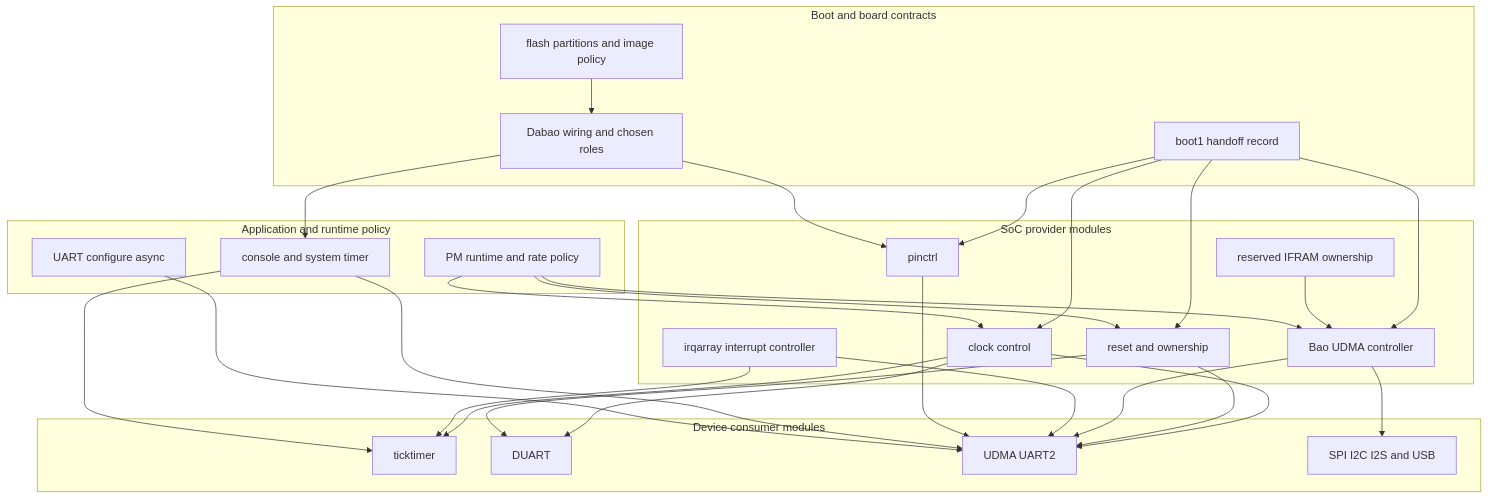
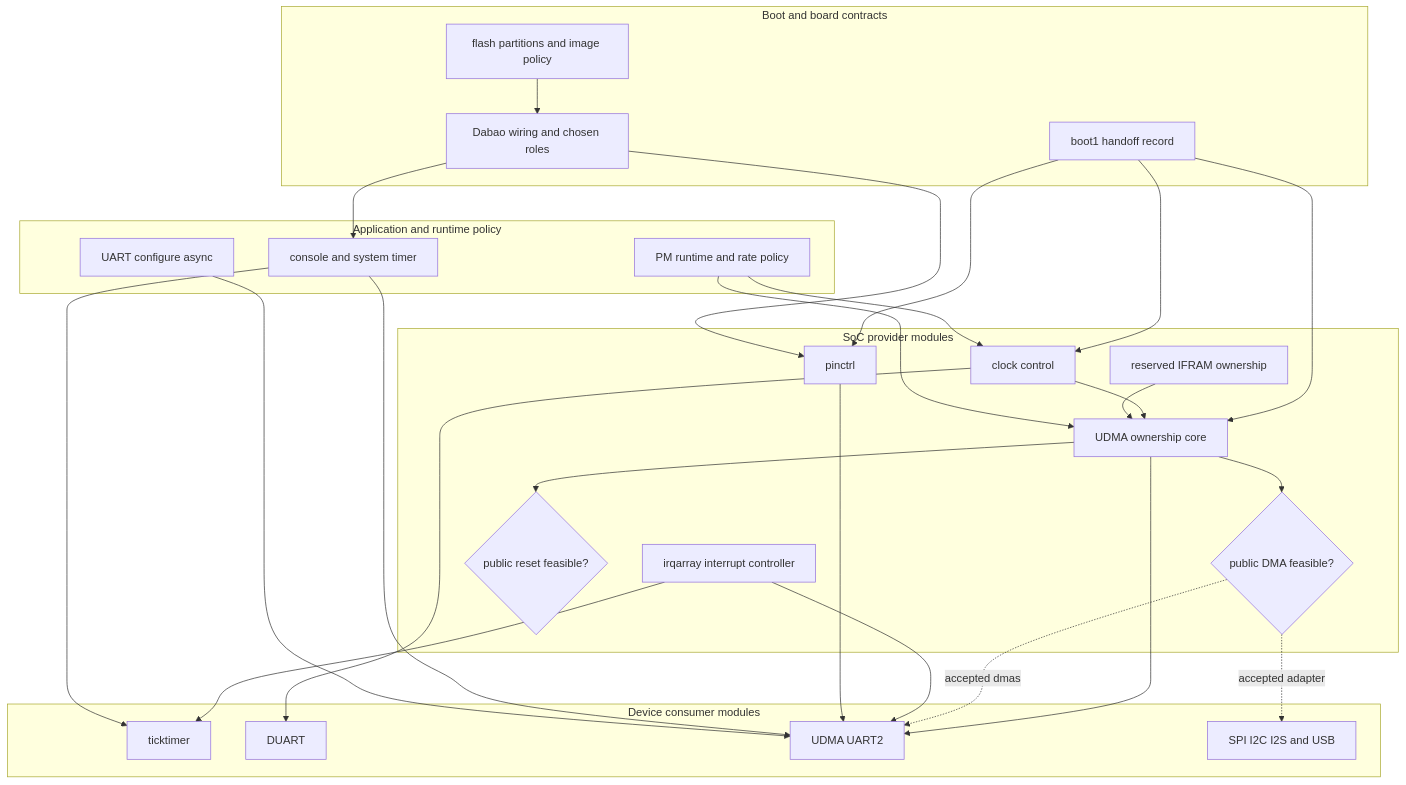
One commit to rektide/hal_bao changed the diagram in .design/research/08-zephyr-device-creation.md. Above: the diagram before and after it, drawn with Mermaid. The commit also changed other lines of this file and 1 other file, not shown here.

````diff
--- a/.design/research/08-zephyr-device-creation.md
+++ b/.design/research/08-zephyr-device-creation.md
@@ -110,55 +112,54 @@
 ```mermaid
 flowchart TD
     subgraph BootBoard[Boot and board contracts]
         BOOT[boot1 handoff record]
         BOARD[Dabao wiring and chosen roles]
         FLASH[flash partitions and image policy]
     end
 
     subgraph Providers[SoC provider modules]
         CLK[clock control]
-        RST[reset and ownership]
-        DMA[Bao UDMA controller]
+        CORE[UDMA ownership core]
+        DMAQ{public DMA feasible?}
+        RSTQ{public reset feasible?}
         IRQ[irqarray interrupt controller]
         PIN[pinctrl]
         MEM[reserved IFRAM ownership]
     end
 
     subgraph Consumers[Device consumer modules]
         TT[ticktimer]
         DU[DUART]
         U2[UDMA UART2]
         FUTURE[SPI I2C I2S and USB]
     end
 
     subgraph Policy[Application and runtime policy]
         CHOSEN[console and system timer]
         UARTAPI[UART configure async]
         PM[PM runtime and rate policy]
     end
 
     BOOT --> CLK
-    BOOT --> RST
-    BOOT --> DMA
+    BOOT --> CORE
     BOOT --> PIN
     BOARD --> PIN
     BOARD --> CHOSEN
     FLASH --> BOARD
-    CLK --> TT
     CLK --> DU
-    CLK --> U2
-    RST --> DU
-    RST --> U2
-    DMA --> U2
-    DMA --> FUTURE
+    CLK --> CORE
+    CORE --> U2
+    CORE --> DMAQ
+    CORE --> RSTQ
+    DMAQ -. accepted adapter .-> FUTURE
+    DMAQ -. accepted dmas .-> U2
     IRQ --> TT
     IRQ --> U2
-    MEM --> DMA
+    MEM --> CORE
     PIN --> U2
     CHOSEN --> TT
     CHOSEN --> U2
     UARTAPI --> U2
     PM --> CLK
-    PM --> RST
-    PM --> DMA
+    PM --> CORE
 ```
````
